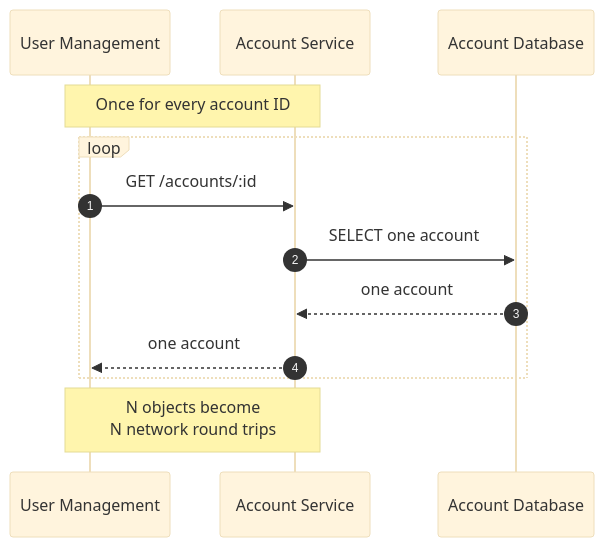
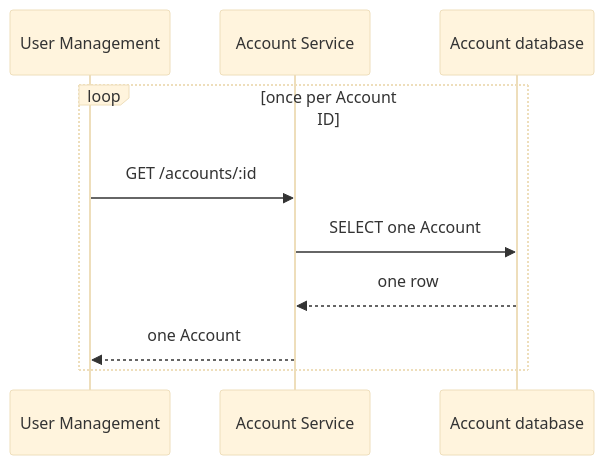
The first of 2 diagrams in docs/articles/series/IAM-System-Demo/graphql-auth-explosion-part-2-multiple-object-retrieval.md (meleneth/whirred-io), drawn with Mermaid (base theme) before and after one commit. The commit also changed other lines of this file and 23 other files, not shown here.

````diff
--- a/docs/articles/series/IAM-System-Demo/graphql-auth-explosion-part-2-multiple-object-retrieval.md
+++ b/docs/articles/series/IAM-System-Demo/graphql-auth-explosion-part-2-multiple-object-retrieval.md
@@ -24,17 +11,13 @@
 ```mermaid
 sequenceDiagram
-  autonumber
-  participant UM as User Management
-  participant AS as Account Service
-  participant DB as Account Database
+  participant UI as User Management
+  participant Account as Account Service
+  participant DB as Account database
 
-  Note over UM,AS: Once for every account ID
-  loop
-    UM->>AS: GET /accounts/:id
-    AS->>DB: SELECT one account
-    DB-->>AS: one account
-    AS-->>UM: one account
+  loop once per Account ID
+    UI->>Account: GET /accounts/:id
+    Account->>DB: SELECT one Account
+    DB-->>Account: one row
+    Account-->>UI: one Account
   end
-
-  Note over UM,AS: N objects become<br/>N network round trips
 ```
````
